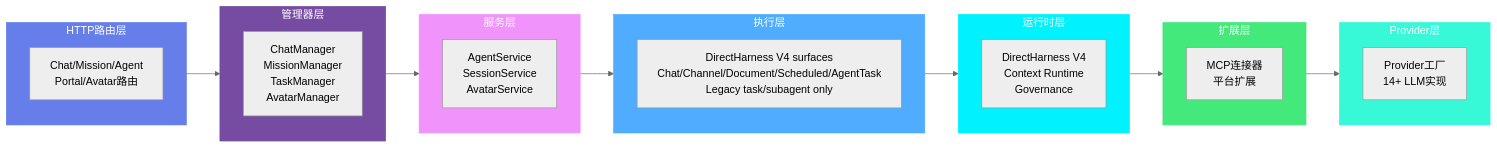
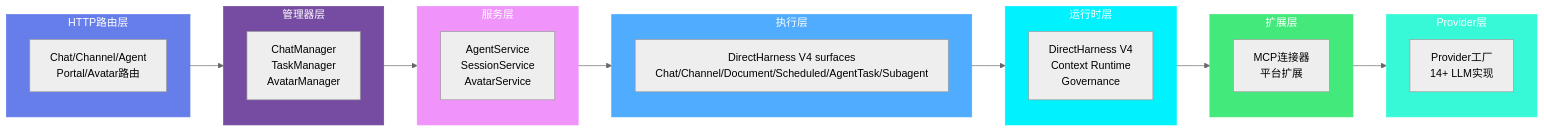
Before and after one commit to jsjm1986/AGIME: the second of 8 diagrams in docs/ARCHITECTURE.md, drawn with Mermaid (neutral theme). The commit also changed other lines of this file and 18 other files, not shown here.

Commit message:
Clean up legacy Harness V4 remnants

````diff
--- a/docs/ARCHITECTURE.md
+++ b/docs/ARCHITECTURE.md
@@ -28,40 +28,40 @@
 ```mermaid
 graph LR
     subgraph Layer1["HTTP路由层"]
-        Routes["Chat/Mission/Agent<br/>Portal/Avatar路由"]
+        Routes["Chat/Channel/Agent<br/>Portal/Avatar路由"]
     end
 
     subgraph Layer2["管理器层"]
-        Managers["ChatManager<br/>MissionManager<br/>TaskManager<br/>AvatarManager"]
+        Managers["ChatManager<br/>TaskManager<br/>AvatarManager"]
     end
 
     subgraph Layer3["服务层"]
         Services["AgentService<br/>SessionService<br/>AvatarService"]
     end
 
     subgraph Layer4["执行层"]
-        Executors["DirectHarness V4 surfaces<br/>Chat/Channel/Document/Scheduled/AgentTask<br/>Legacy task/subagent only"]
+        Executors["DirectHarness V4 surfaces<br/>Chat/Channel/Document/Scheduled/AgentTask/Subagent"]
     end
 
     subgraph Layer5["运行时层"]
         Runtime["DirectHarness V4<br/>Context Runtime<br/>Governance"]
     end
 
     subgraph Layer6["扩展层"]
         Extensions["MCP连接器<br/>平台扩展"]
     end
 
     subgraph Layer7["Provider层"]
         Providers["Provider工厂<br/>14+ LLM实现"]
     end
 
     Layer1 --> Layer2 --> Layer3 --> Layer4 --> Layer5 --> Layer6 --> Layer7
 
     style Layer1 fill:#667eea,stroke:#667eea,color:#ffffff
     style Layer2 fill:#764ba2,stroke:#764ba2,color:#ffffff
     style Layer3 fill:#f093fb,stroke:#f093fb,color:#ffffff
     style Layer4 fill:#4facfe,stroke:#4facfe,color:#ffffff
     style Layer5 fill:#00f2fe,stroke:#00f2fe,color:#ffffff
     style Layer6 fill:#43e97b,stroke:#43e97b,color:#ffffff
     style Layer7 fill:#38f9d7,stroke:#38f9d7,color:#ffffff
 ```
````
